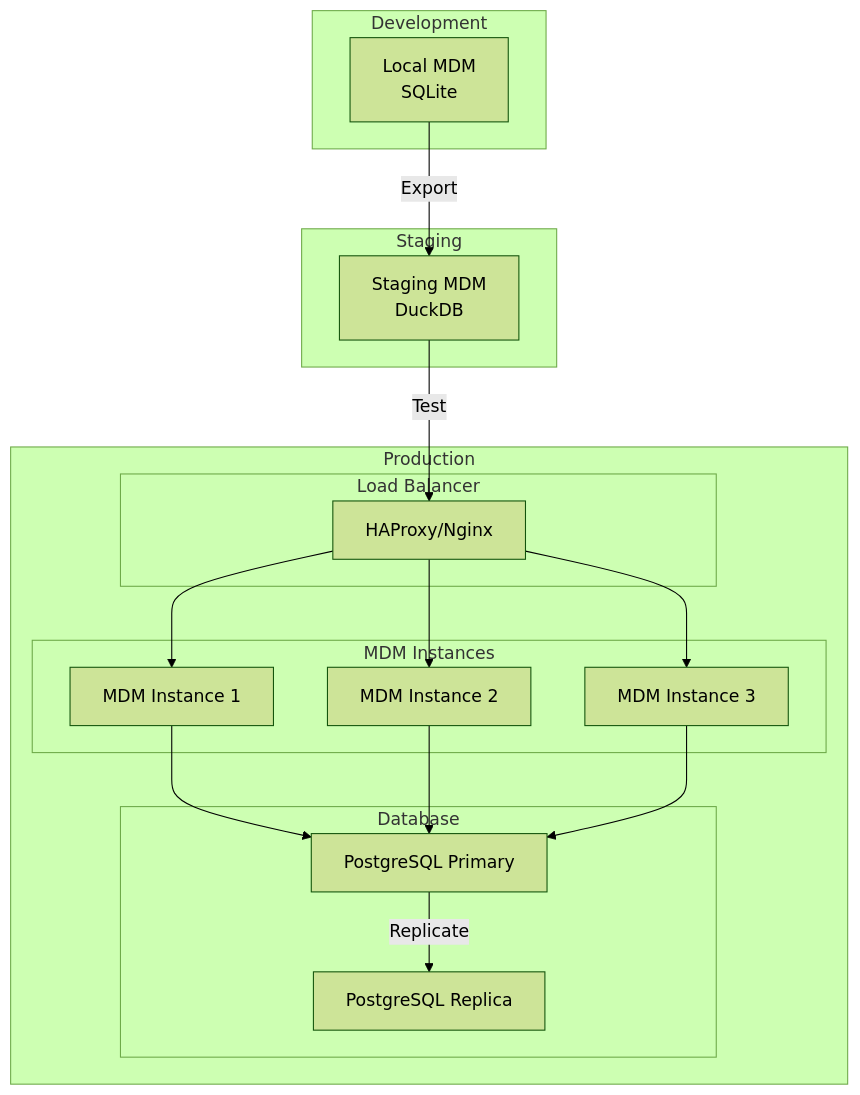
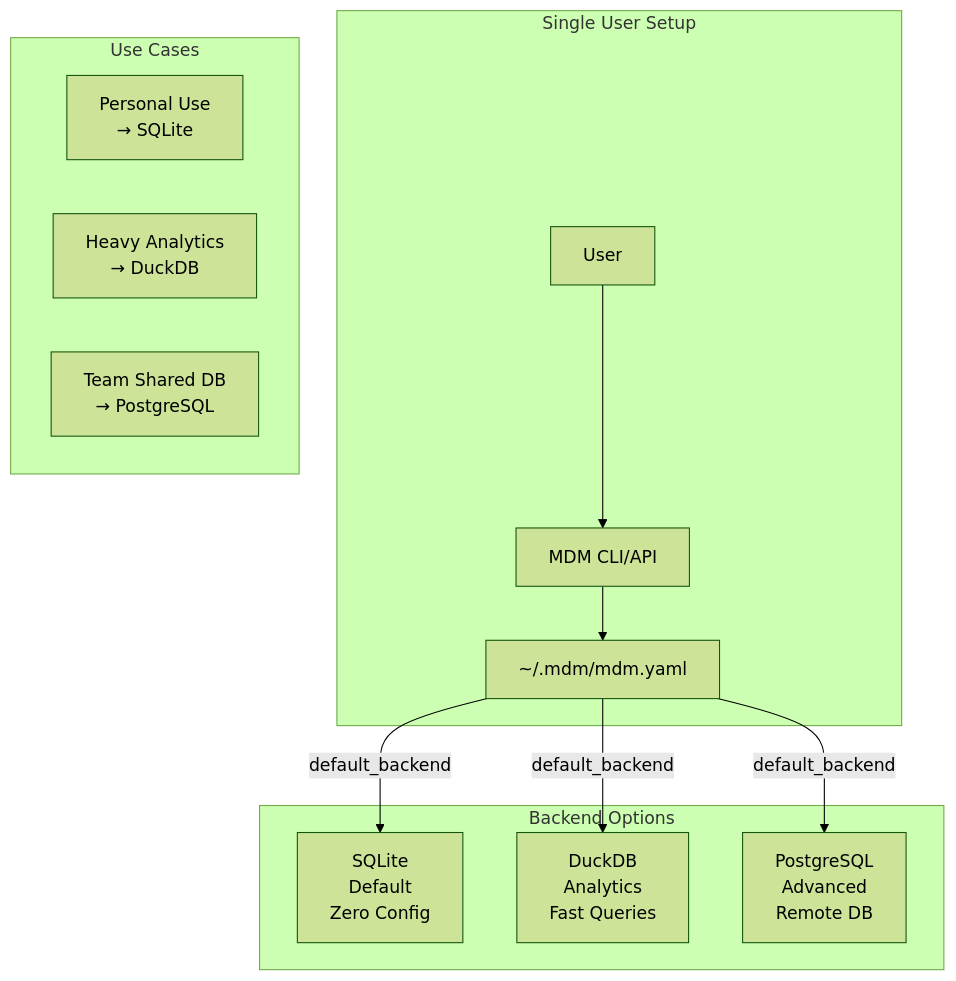
Diagram 11 of 11 in docs-new/diagrams.md (hipotures/mdm), drawn with Mermaid (forest theme) before and after one commit. The commit also changed other lines of this file, not shown here.

Commit message:
fix: remove incorrect multi-instance deployment diagram
- MDM is a single-user application, not a multi-instance system
- Removed misleading deployment architecture with load balancers and multiple instances
- Replaced with accurate backend selection diagram showing single user setup
- Clarified use cases: personal (SQLite), analytics (DuckDB), team shared DB (PostgreSQL)

🤖 Generated with [Claude Code](https://claude.ai/code)

````diff
--- a/docs-new/diagrams.md
+++ b/docs-new/diagrams.md
@@ -377,38 +377,26 @@
 ```mermaid
 graph TB
-    subgraph "Development"
-        DEV[Local MDM<br/>SQLite]
+    subgraph "Single User Setup"
+        USER[User]
+        MDM[MDM CLI/API]
+        CONFIG[~/.mdm/mdm.yaml]
     end
     
-    subgraph "Staging"
-        STAGE[Staging MDM<br/>DuckDB]
+    subgraph "Backend Options"
+        SQLite[SQLite<br/>Default<br/>Zero Config]
+        DuckDB[DuckDB<br/>Analytics<br/>Fast Queries]
+        PostgreSQL[PostgreSQL<br/>Advanced<br/>Remote DB]
     end
     
-    subgraph "Production"
-        subgraph "Load Balancer"
-            LB[HAProxy/Nginx]
-        end
-        
-        subgraph "MDM Instances"
-            MDM1[MDM Instance 1]
-            MDM2[MDM Instance 2]
-            MDM3[MDM Instance 3]
-        end
-        
-        subgraph "Database"
-            PG1[PostgreSQL Primary]
-            PG2[PostgreSQL Replica]
-        end
+    USER --> MDM
+    MDM --> CONFIG
+    CONFIG -->|default_backend| SQLite
+    CONFIG -->|default_backend| DuckDB
+    CONFIG -->|default_backend| PostgreSQL
+    
+    subgraph "Use Cases"
+        UC1[Personal Use<br/>→ SQLite]
+        UC2[Heavy Analytics<br/>→ DuckDB]
+        UC3[Team Shared DB<br/>→ PostgreSQL]
     end
-    
-    DEV -->|Export| STAGE
-    STAGE -->|Test| LB
-    LB --> MDM1
-    LB --> MDM2
-    LB --> MDM3
-    
-    MDM1 --> PG1
-    MDM2 --> PG1
-    MDM3 --> PG1
-    PG1 -->|Replicate| PG2
 ```
````
